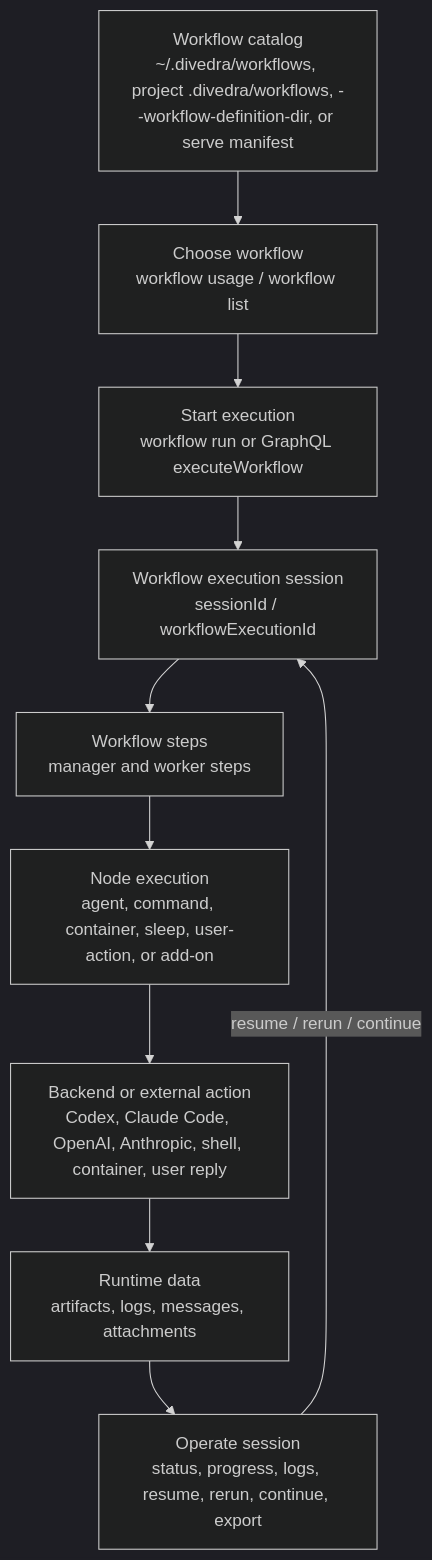
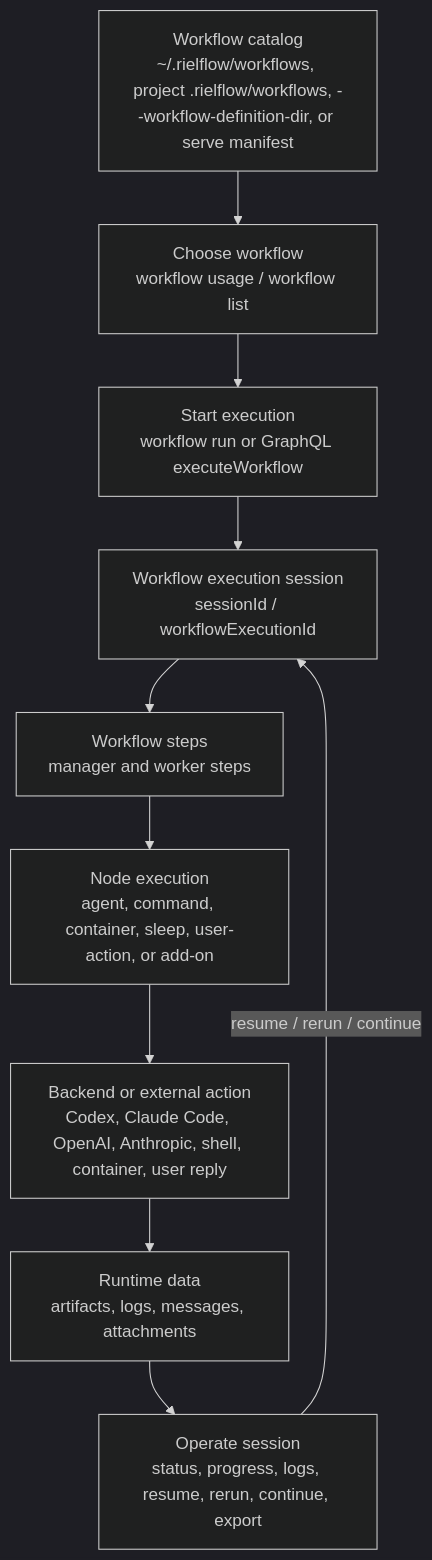
The diagram in README.md (tacogips/rielflow), drawn with Mermaid (dark theme) before and after one commit. The commit also changed other lines of this file and 1247 other files, not shown here.

First line of the commit message:
chore: rename divedra to rielflow

````diff
--- a/README.md
+++ b/README.md
@@ -8,17 +9,17 @@
 ```mermaid
 flowchart TD
-  catalog["Workflow catalog<br/>~/.divedra/workflows, project .divedra/workflows, --workflow-definition-dir, or serve manifest"]
+  catalog["Workflow catalog<br/>~/.rielflow/workflows, project .rielflow/workflows, --workflow-definition-dir, or serve manifest"]
   choose["Choose workflow<br/>workflow usage / workflow list"]
   run["Start execution<br/>workflow run or GraphQL executeWorkflow"]
   session["Workflow execution session<br/>sessionId / workflowExecutionId"]
   steps["Workflow steps<br/>manager and worker steps"]
   nodes["Node execution<br/>agent, command, container, sleep, user-action, or add-on"]
   backend["Backend or external action<br/>Codex, Claude Code, OpenAI, Anthropic, shell, container, user reply"]
   artifacts["Runtime data<br/>artifacts, logs, messages, attachments"]
   inspect["Operate session<br/>status, progress, logs, resume, rerun, continue, export"]
 
   catalog --> choose --> run --> session --> steps --> nodes --> backend
   backend --> artifacts
   artifacts --> inspect
   inspect -->|resume / rerun / continue| session
 ```
````
